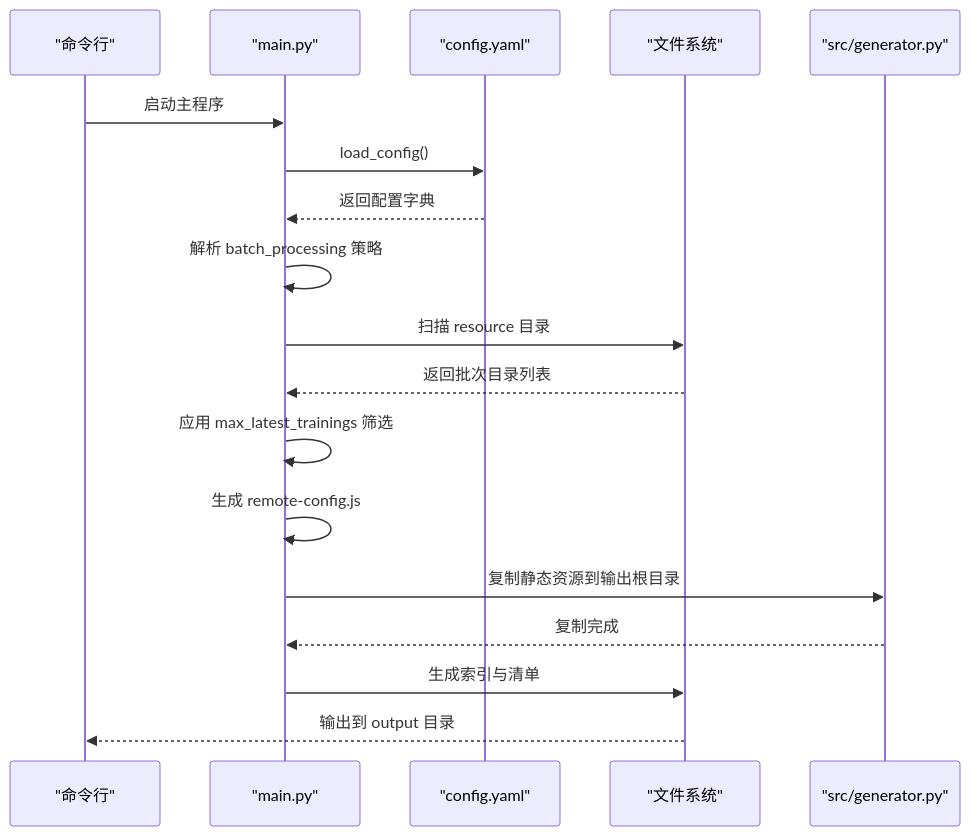
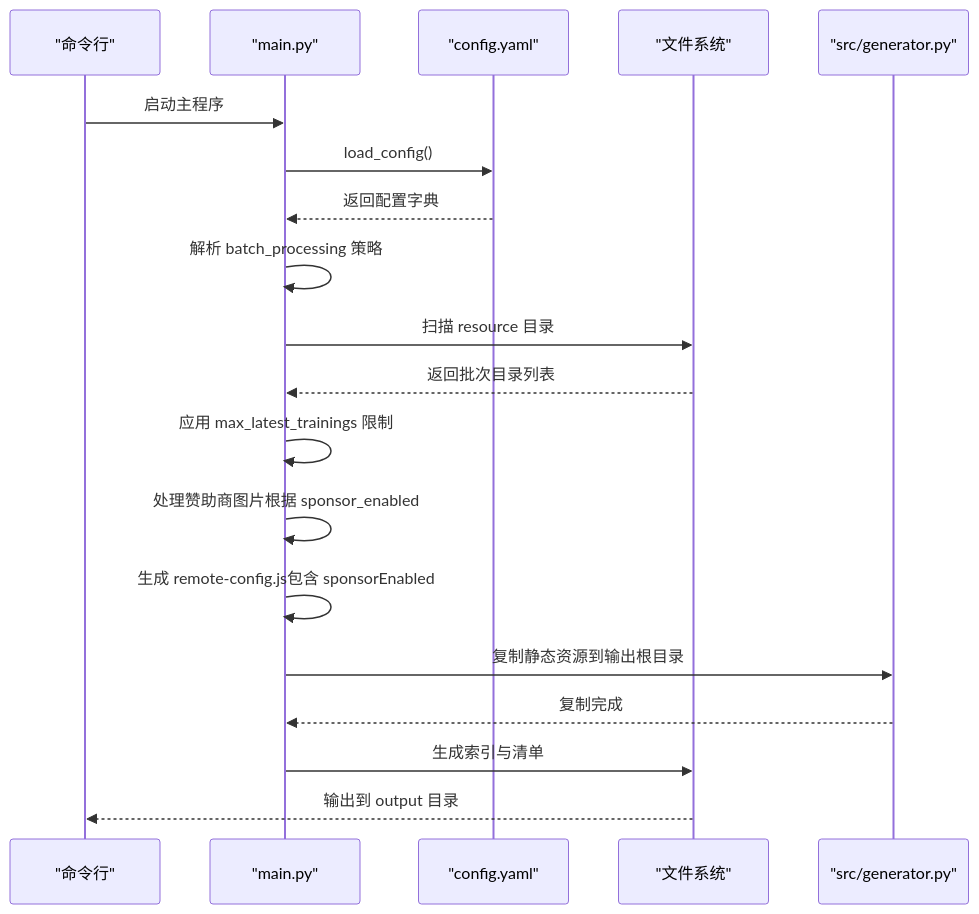
The second of 5 diagrams in .qoder/repowiki/zh/content/批量处理系统/配置管理.md (zhao-zg/cx), drawn with Mermaid before and after one commit. The commit also changed other lines of this file and 48 other files, not shown here.

````diff
--- a/.qoder/repowiki/zh/content/批量处理系统/配置管理.md
+++ b/.qoder/repowiki/zh/content/批量处理系统/配置管理.md
@@ -112,20 +130,21 @@
 ```mermaid
 sequenceDiagram
 participant CLI as "命令行"
 participant Main as "main.py"
 participant Cfg as "config.yaml"
 participant FS as "文件系统"
 participant Gen as "src/generator.py"
 CLI->>Main : 启动主程序
 Main->>Cfg : load_config()
 Cfg-->>Main : 返回配置字典
 Main->>Main : 解析 batch_processing 策略
 Main->>FS : 扫描 resource 目录
 FS-->>Main : 返回批次目录列表
-Main->>Main : 应用 max_latest_trainings 筛选
-Main->>Main : 生成 remote-config.js
+Main->>Main : 应用 max_latest_trainings 限制
+Main->>Main : 处理赞助商图片根据 sponsor_enabled
+Main->>Main : 生成 remote-config.js包含 sponsorEnabled
 Main->>Gen : 复制静态资源到输出根目录
 Gen-->>Main : 复制完成
 Main->>FS : 生成索引与清单
 FS-->>CLI : 输出到 output 目录
 ```
````
